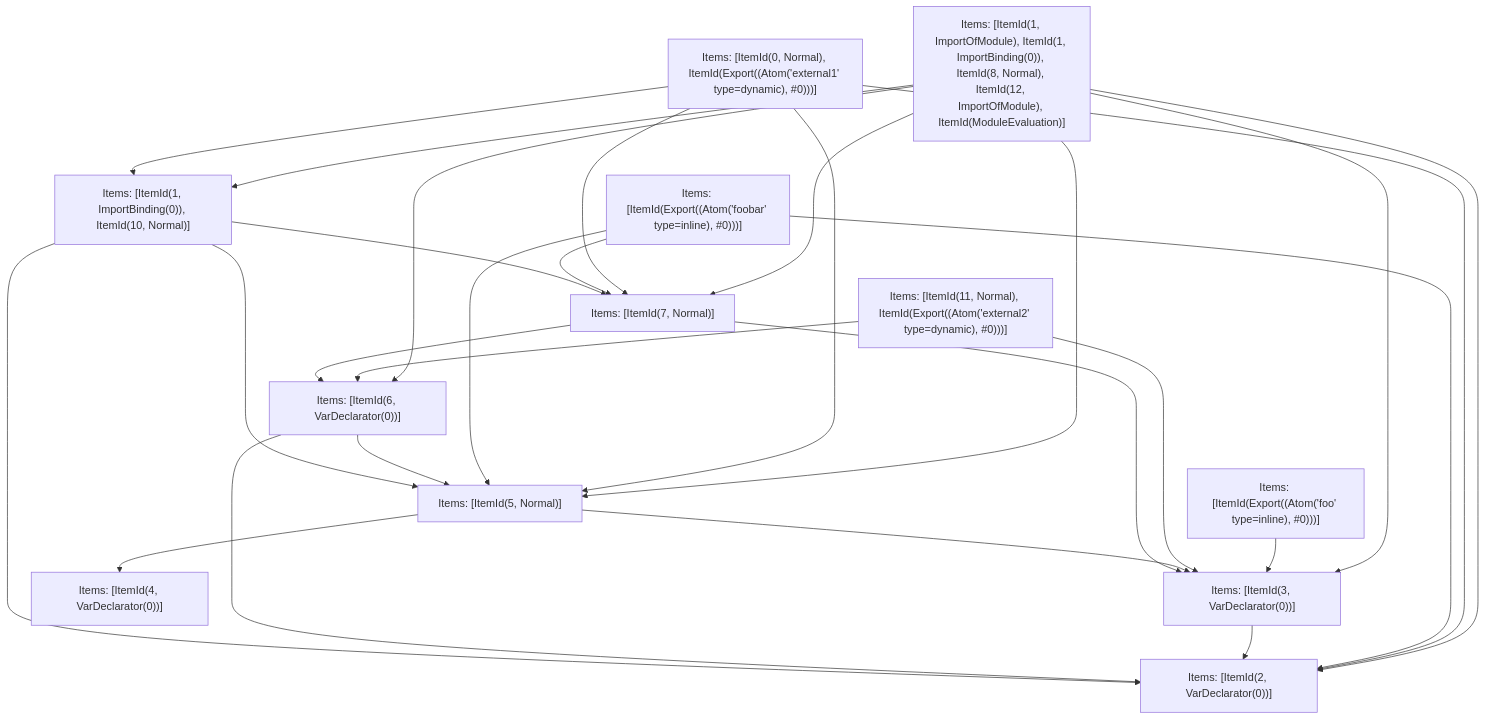
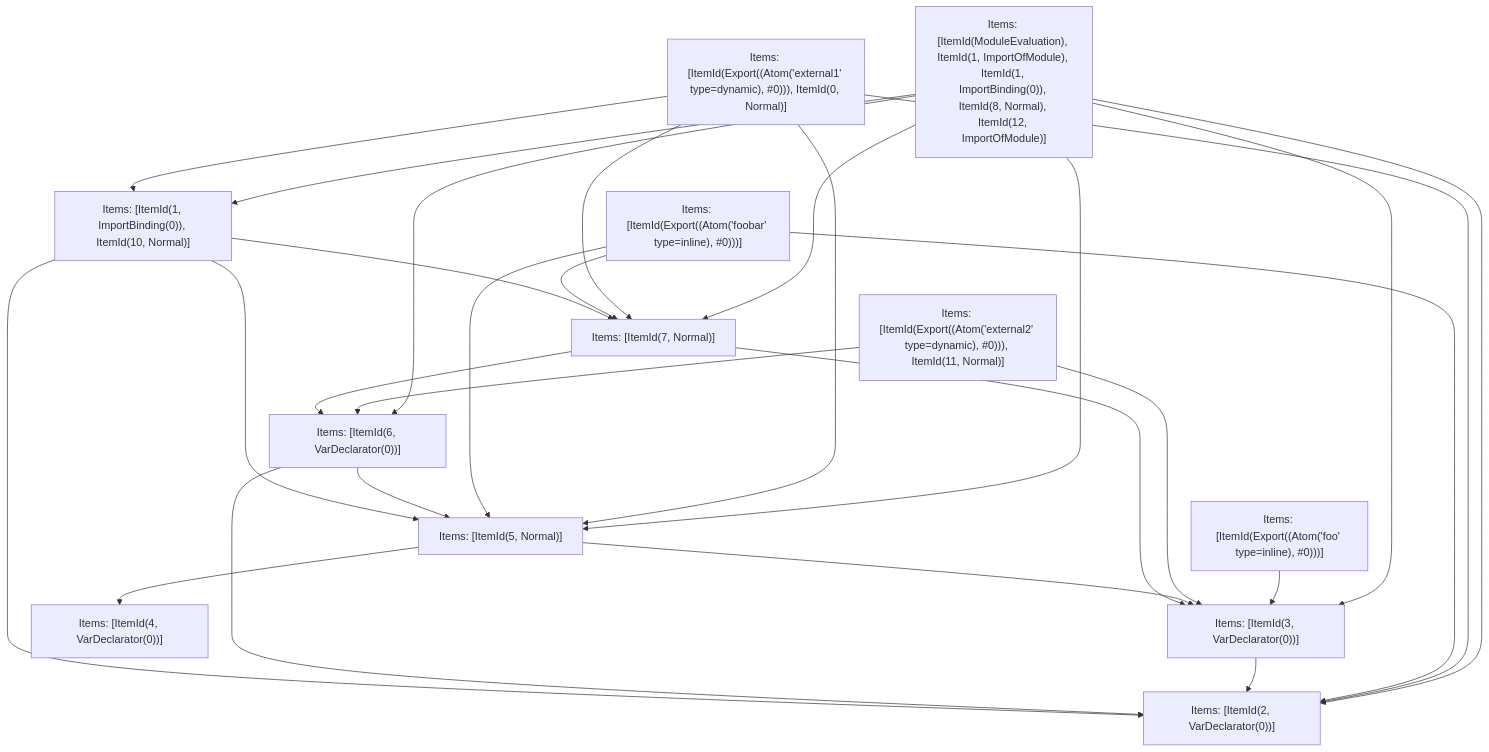
Before and after one commit to vercel/turborepo: the fifth of 5 diagrams in crates/turbopack-ecmascript/tests/tree-shaker/analyzer/2/output.md, drawn with Mermaid. The commit also changed other lines of this file and 4 other files, not shown here.

````diff
--- a/crates/turbopack-ecmascript/tests/tree-shaker/analyzer/2/output.md
+++ b/crates/turbopack-ecmascript/tests/tree-shaker/analyzer/2/output.md
@@ -343,41 +343,41 @@
 ```mermaid
 graph TD
-    N0["Items: [ItemId(1, ImportOfModule), ItemId(1, ImportBinding(0)), ItemId(8, Normal), ItemId(12, ImportOfModule), ItemId(ModuleEvaluation)]"];
-    N1["Items: [ItemId(0, Normal), ItemId(Export((Atom('external1' type=dynamic), #0)))]"];
+    N0["Items: [ItemId(ModuleEvaluation), ItemId(1, ImportOfModule), ItemId(1, ImportBinding(0)), ItemId(8, Normal), ItemId(12, ImportOfModule)]"];
+    N1["Items: [ItemId(Export((Atom('external1' type=dynamic), #0))), ItemId(0, Normal)]"];
     N2["Items: [ItemId(Export((Atom('foobar' type=inline), #0)))]"];
     N3["Items: [ItemId(Export((Atom('foo' type=inline), #0)))]"];
-    N4["Items: [ItemId(11, Normal), ItemId(Export((Atom('external2' type=dynamic), #0)))]"];
+    N4["Items: [ItemId(Export((Atom('external2' type=dynamic), #0))), ItemId(11, Normal)]"];
     N5["Items: [ItemId(2, VarDeclarator(0))]"];
     N6["Items: [ItemId(3, VarDeclarator(0))]"];
     N7["Items: [ItemId(4, VarDeclarator(0))]"];
     N8["Items: [ItemId(5, Normal)]"];
     N9["Items: [ItemId(6, VarDeclarator(0))]"];
     N10["Items: [ItemId(7, Normal)]"];
     N11["Items: [ItemId(1, ImportBinding(0)), ItemId(10, Normal)]"];
     N0 --> N9;
     N0 --> N11;
     N0 --> N5;
     N0 --> N8;
     N0 --> N10;
     N0 --> N6;
     N1 --> N11;
     N1 --> N5;
     N1 --> N8;
     N1 --> N10;
     N2 --> N5;
     N2 --> N8;
     N2 --> N10;
     N3 --> N6;
     N4 --> N6;
     N4 --> N9;
     N6 --> N5;
     N8 --> N7;
     N8 --> N6;
     N9 --> N5;
     N9 --> N8;
     N10 --> N6;
     N10 --> N9;
     N11 --> N5;
     N11 --> N8;
     N11 --> N10;
 ```
````
